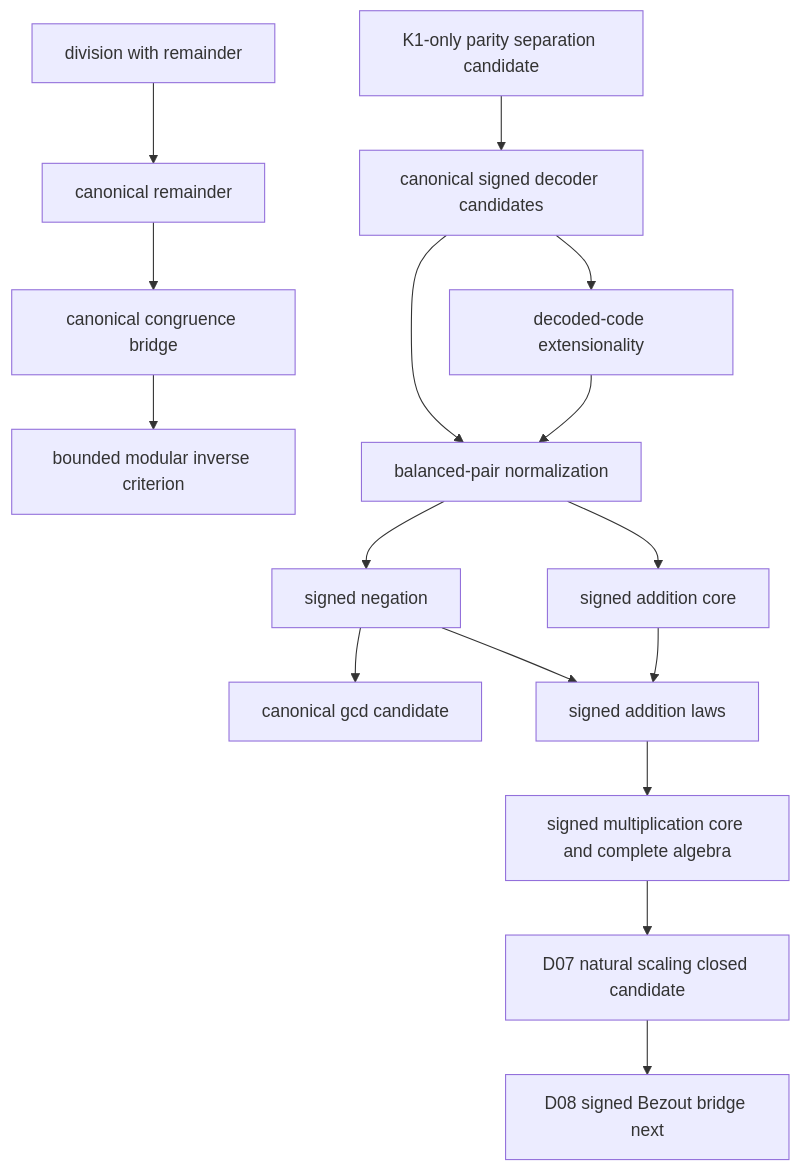
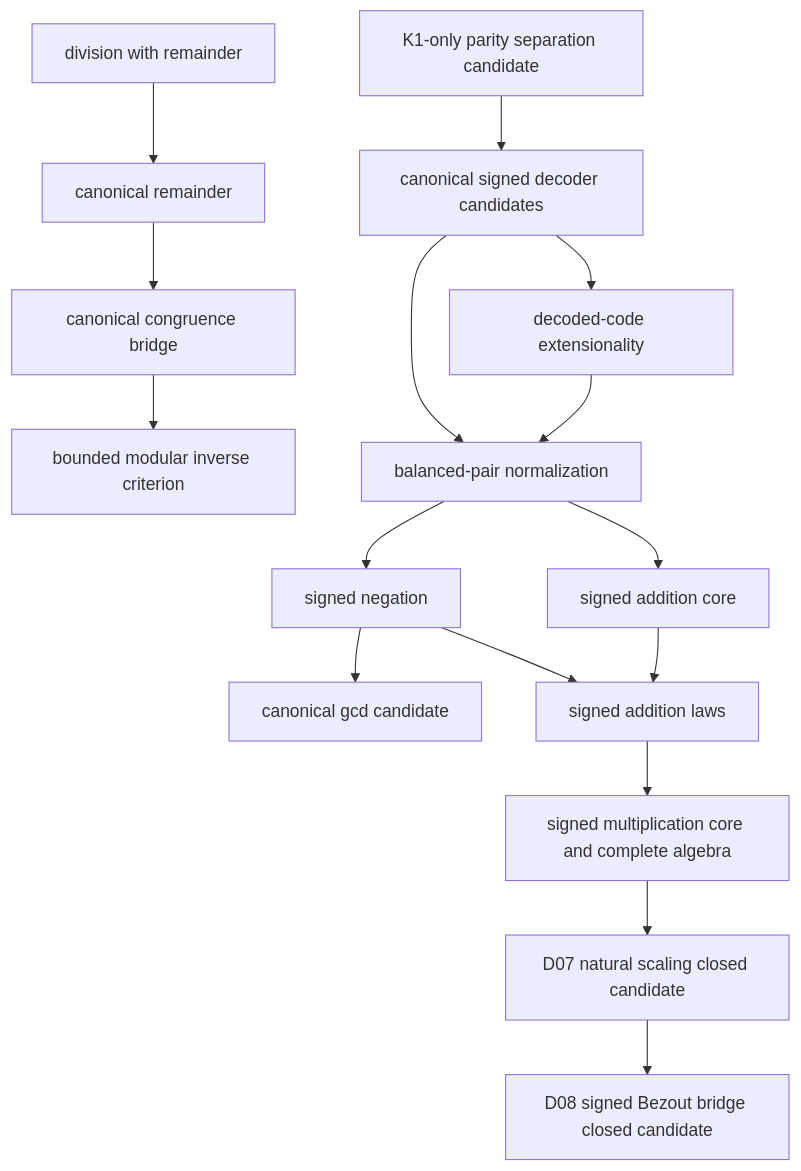
One commit to nasqret/vietnam2026 changed the diagram in vault/concepts/strict-ha-number-theory-campaign.md. Above: the diagram before and after it, drawn with Mermaid. The commit also changed other lines of this file and 11 other files, not shown here.

Commit message:
Close strict HA SignedBezout bridge

````diff
--- a/vault/concepts/strict-ha-number-theory-campaign.md
+++ b/vault/concepts/strict-ha-number-theory-campaign.md
@@ -36,18 +37,18 @@
 ```mermaid
 flowchart TD
   D[division with remainder] --> R[canonical remainder]
   R --> C[canonical congruence bridge]
   C --> I[bounded modular inverse criterion]
   G[relational IsGCD] --> CG[canonical gcd candidate]
   P[K1-only parity separation candidate] --> S[canonical signed decoder candidates]
   S --> E[decoded-code extensionality]
   S --> N[balanced-pair normalization]
   E --> N
   N --> G[signed negation]
   N --> A[signed addition core]
   G --> L[signed addition laws]
   A --> L
   L --> M[signed multiplication core and complete algebra]
   M --> D7[D07 natural scaling closed candidate]
-  D7 --> B[D08 signed Bezout bridge next]
+  D7 --> B[D08 signed Bezout bridge closed candidate]
 ```
````
